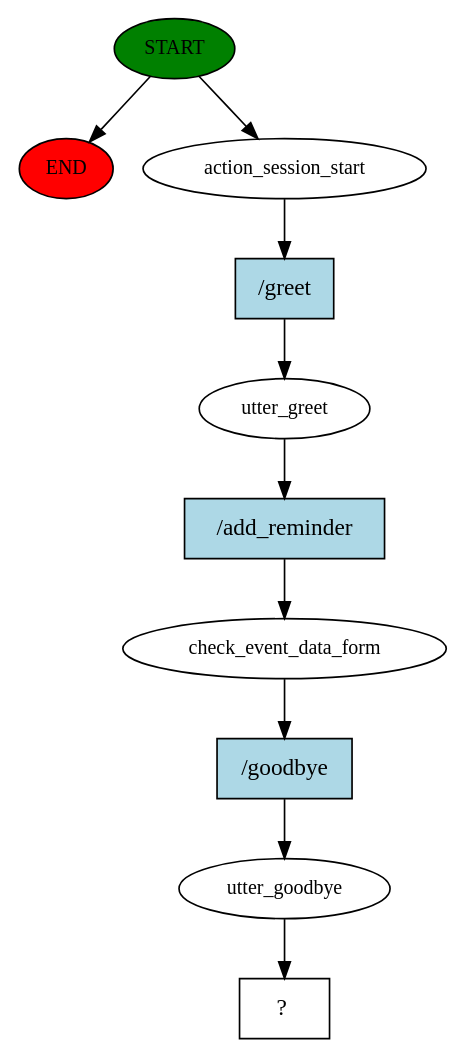
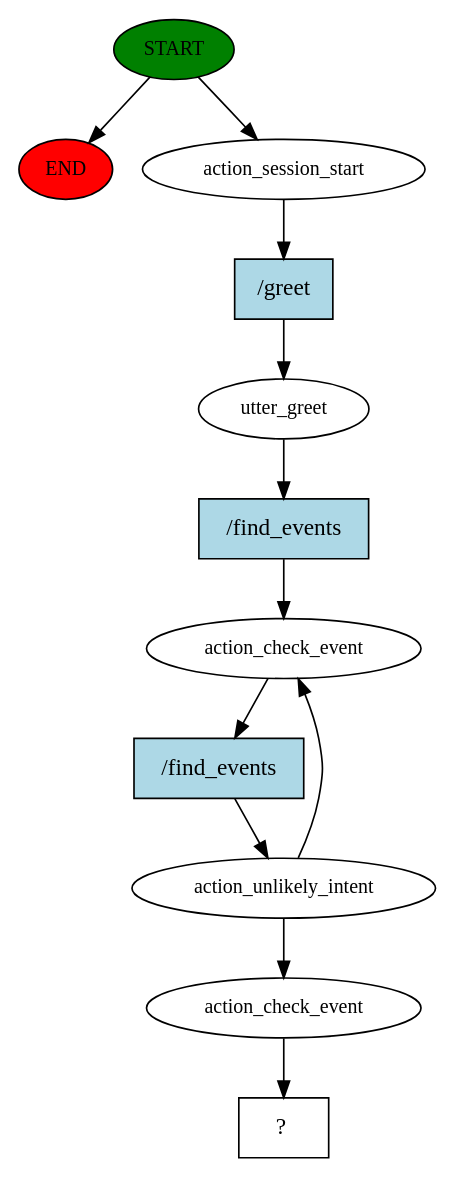
One commit to BernardoLeandro1/PI changed the diagram in rasa-assistant/story_graph.dot. Above: the diagram before and after it, drawn with Graphviz. The commit also changed 199 other files, not shown here.

```diff
--- a/rasa-assistant/story_graph.dot
+++ b/rasa-assistant/story_graph.dot
@@ -1,21 +1,24 @@
 digraph  {
 0 [class="start active", fillcolor=green, fontsize=12, label=START, style=filled];
 "-1" [class=end, fillcolor=red, fontsize=12, label=END, style=filled];
 1 [class=active, fontsize=12, label=action_session_start];
 2 [class=active, fontsize=12, label=utter_greet];
-3 [class=active, fontsize=12, label=check_event_data_form];
-4 [class=active, fontsize=12, label=utter_goodbye];
-5 [class="intent dashed active", label="  ?  ", shape=rect];
-6 [class="intent active", fillcolor=lightblue, label="/greet", shape=rect, style=filled];
-7 [class="intent active", fillcolor=lightblue, label="/add_reminder", shape=rect, style=filled];
-8 [class="intent active", fillcolor=lightblue, label="/goodbye", shape=rect, style=filled];
+3 [class=active, fontsize=12, label=action_check_event];
+4 [class=active, fontsize=12, label=action_unlikely_intent];
+7 [class=active, fontsize=12, label=action_check_event];
+8 [class="intent dashed active", label="  ?  ", shape=rect];
+9 [class="intent active", fillcolor=lightblue, label="/greet", shape=rect, style=filled];
+10 [class="intent active", fillcolor=lightblue, label="/find_events", shape=rect, style=filled];
+11 [class="intent active", fillcolor=lightblue, label="/find_events", shape=rect, style=filled];
 0 -> "-1"  [class="", key=NONE, label=""];
 0 -> 1  [class=active, key=NONE, label=""];
-1 -> 6  [class=active, key=0];
-2 -> 7  [class=active, key=0];
-3 -> 8  [class=active, key=0];
-4 -> 5  [class=active, key=NONE, label=""];
-6 -> 2  [class=active, key=0];
-7 -> 3  [class=active, key=0];
-8 -> 4  [class=active, key=0];
+1 -> 9  [class=active, key=0];
+2 -> 10  [class=active, key=0];
+3 -> 11  [class=active, key=0];
+4 -> 3  [class=active, key=NONE, label=""];
+4 -> 7  [class=active, key=NONE, label=""];
+7 -> 8  [class=active, key=NONE, label=""];
+9 -> 2  [class=active, key=0];
+10 -> 3  [class=active, key=0];
+11 -> 4  [class=active, key=0];
 }
```
